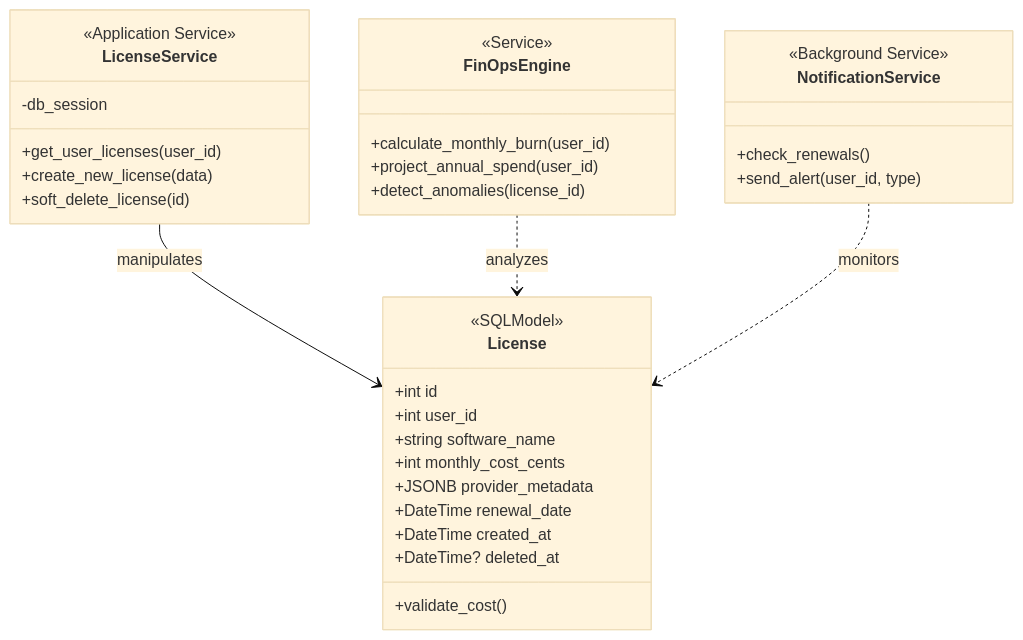
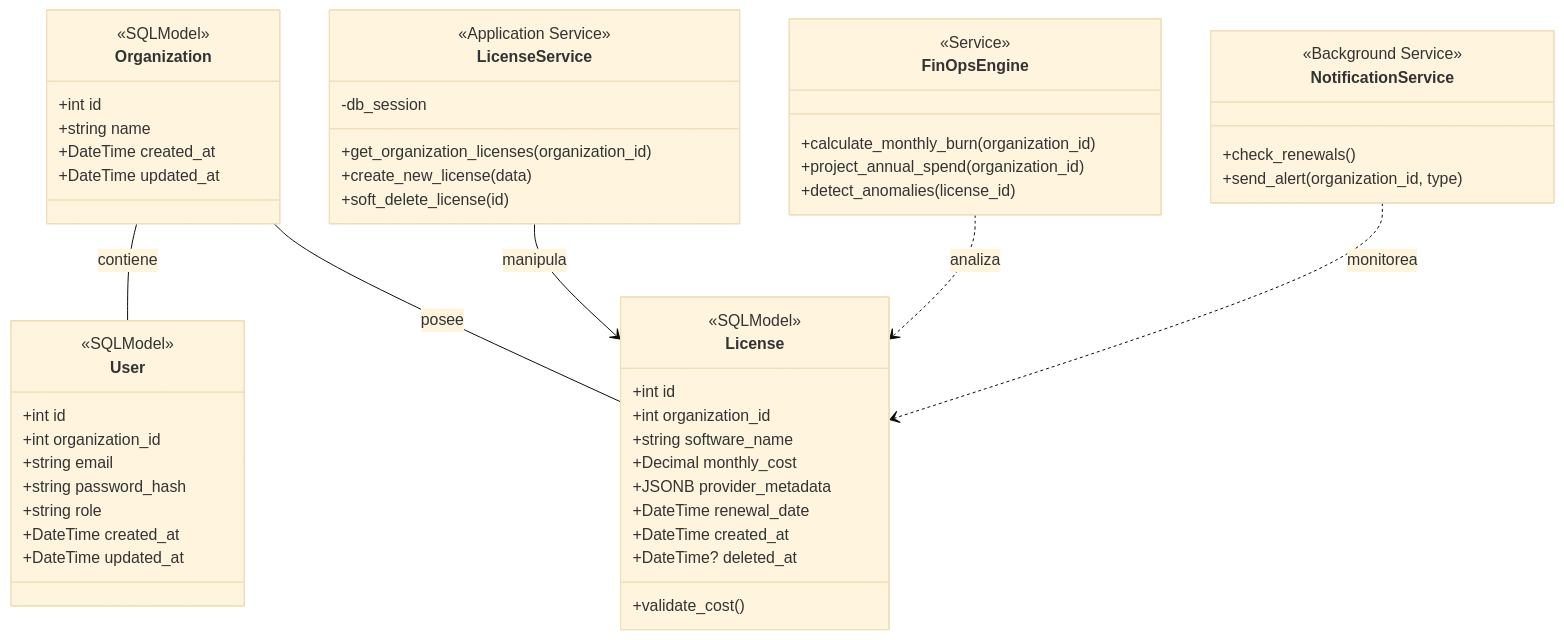
The diagram in docs/CLASS_DIAGRAM.md (anibalrojosan/optima-license-manager), drawn with Mermaid (base theme) before and after one commit. The commit also changed other lines of this file and 7 other files, not shown here.

````diff
--- a/docs/CLASS_DIAGRAM.md
+++ b/docs/CLASS_DIAGRAM.md
@@ -15,40 +15,61 @@
 ```mermaid
 classDiagram
+    class Organization {
+        <<SQLModel>>
+        +int id
+        +string name
+        +DateTime created_at
+        +DateTime updated_at
+    }
+
+    class User {
+        <<SQLModel>>
+        +int id
+        +int organization_id
+        +string email
+        +string password_hash
+        +string role
+        +DateTime created_at
+        +DateTime updated_at
+    }
+
     class License {
         <<SQLModel>>
         +int id
-        +int user_id
+        +int organization_id
         +string software_name
-        +int monthly_cost_cents
+        +Decimal monthly_cost
         +JSONB provider_metadata
         +DateTime renewal_date
         +DateTime created_at
         +DateTime? deleted_at
         +validate_cost()
     }
 
     class FinOpsEngine {
         <<Service>>
-        +calculate_monthly_burn(user_id)
-        +project_annual_spend(user_id)
+        +calculate_monthly_burn(organization_id)
+        +project_annual_spend(organization_id)
         +detect_anomalies(license_id)
     }
 
     class LicenseService {
         <<Application Service>>
         -db_session
-        +get_user_licenses(user_id)
+        +get_organization_licenses(organization_id)
         +create_new_license(data)
         +soft_delete_license(id)
     }
 
     class NotificationService {
         <<Background Service>>
         +check_renewals()
-        +send_alert(user_id, type)
+        +send_alert(organization_id, type)
     }
 
-    LicenseService --> License : manipulates
-    FinOpsEngine ..> License : analyzes
-    NotificationService ..> License : monitors
+    Organization -- User : contiene
+    Organization -- License : posee
+    LicenseService --> License : manipula
+    FinOpsEngine ..> License : analiza
+    NotificationService ..> License : monitorea
 ```
````
